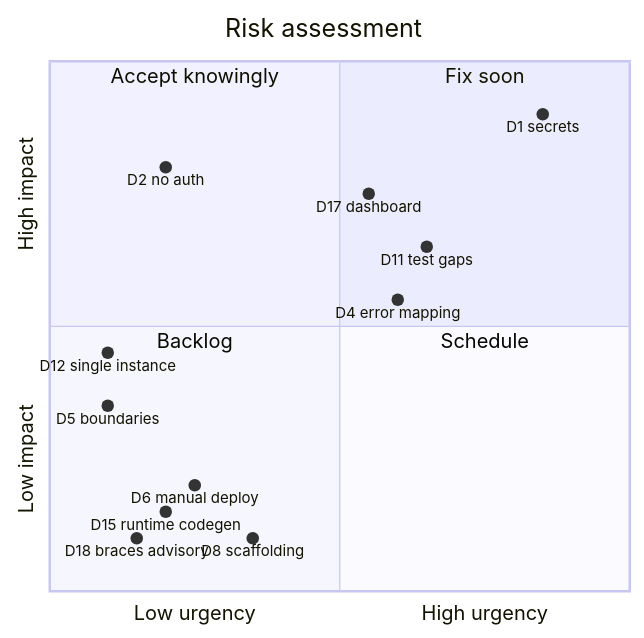
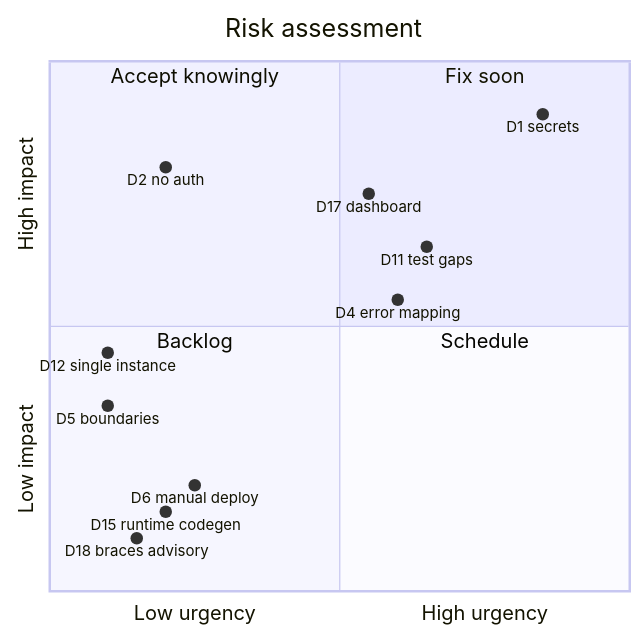
Before and after one commit to davwales/ouranos-pantheon: the diagram in docs/architecture/11-risks-and-technical-debt.md, drawn with Mermaid. The commit also changed other lines of this file and 25 other files, not shown here.

````diff
--- a/docs/architecture/11-risks-and-technical-debt.md
+++ b/docs/architecture/11-risks-and-technical-debt.md
@@ -35,21 +35,20 @@
 ```mermaid
 quadrantChart
     title Risk assessment
     x-axis Low urgency --> High urgency
     y-axis Low impact --> High impact
     quadrant-1 Fix soon
     quadrant-2 Accept knowingly
     quadrant-3 Backlog
     quadrant-4 Schedule
     D1 secrets: [0.85, 0.9]
     D2 no auth: [0.2, 0.8]
     D4 error mapping: [0.6, 0.55]
     D5 boundaries: [0.1, 0.35]
     D6 manual deploy: [0.25, 0.2]
-    D8 scaffolding: [0.35, 0.1]
     D11 test gaps: [0.65, 0.65]
     D12 single instance: [0.1, 0.45]
     D15 runtime codegen: [0.2, 0.15]
     D17 dashboard: [0.55, 0.75]
     D18 braces advisory: [0.15, 0.1]
 ```
````
